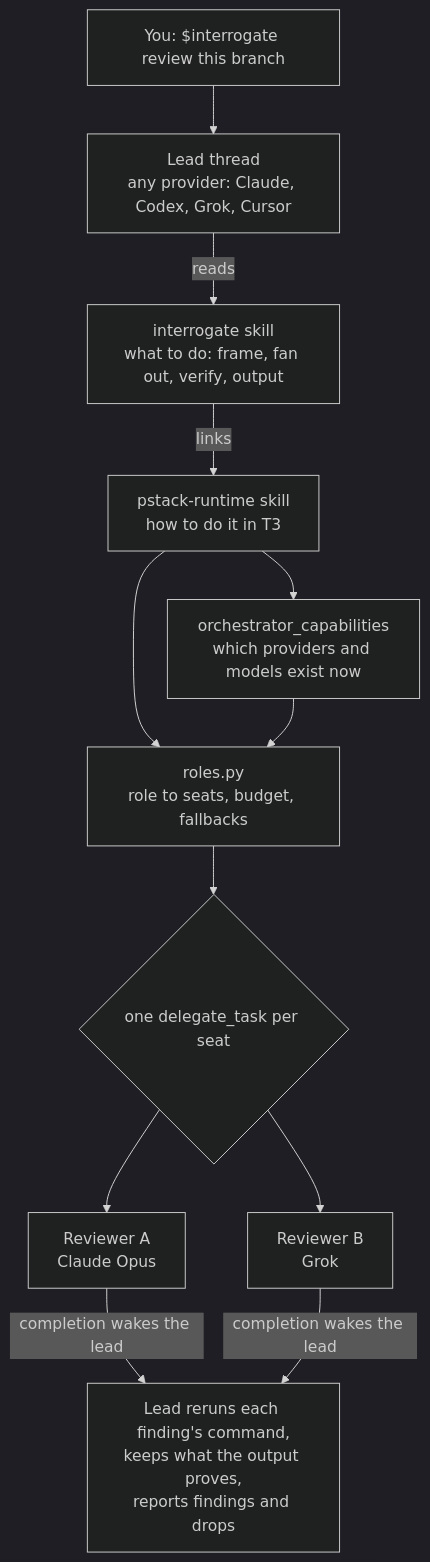
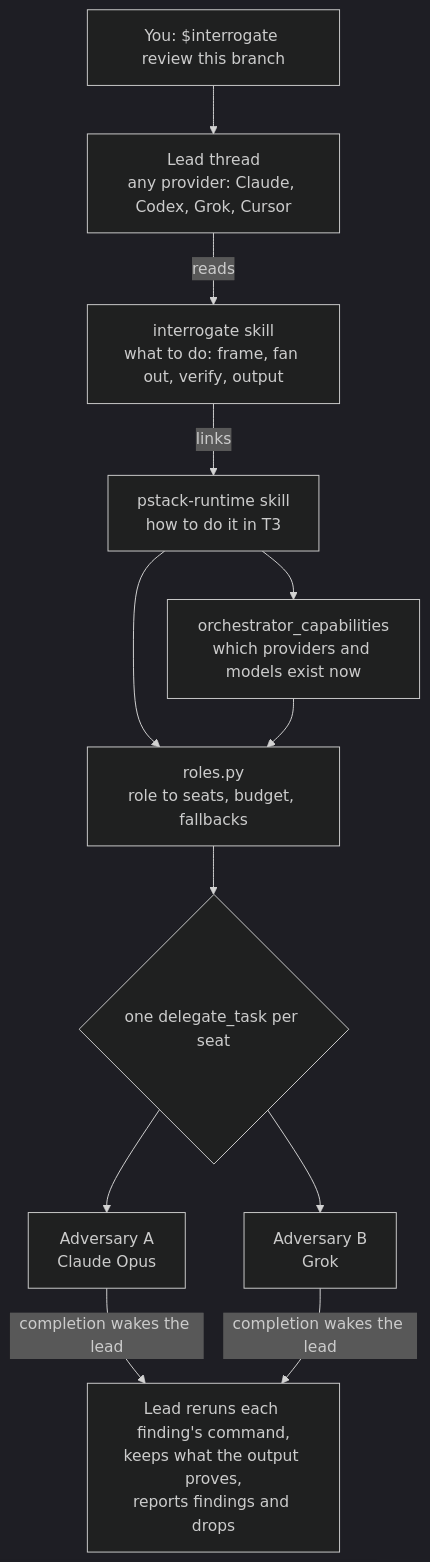
One commit to creedants/pstack-t3 changed the first of 2 diagrams in docs/how-it-works.md. Above: the diagram before and after it, drawn with Mermaid (dark theme). The commit also changed 1 other file, not shown here.

Commit message:
D53: apply the claims check findings to the interrogate docs

````diff
--- a/docs/how-it-works.md
+++ b/docs/how-it-works.md
@@ -5,13 +5,13 @@
 ```mermaid
 flowchart TD
     you["You: $interrogate review this branch"] --> lead["Lead thread<br/>any provider: Claude, Codex, Grok, Cursor"]
     lead -->|reads| skill["interrogate skill<br/>what to do: frame, fan out, verify, output"]
     skill -->|links| runtime["pstack-runtime skill<br/>how to do it in T3"]
     runtime --> caps["orchestrator_capabilities<br/>which providers and models exist now"]
     runtime --> roles["roles.py<br/>role to seats, budget, fallbacks"]
     caps --> roles
     roles --> fan{"one delegate_task per seat"}
-    fan --> a["Reviewer A<br/>Claude Opus"]
-    fan --> b["Reviewer B<br/>Grok"]
+    fan --> a["Adversary A<br/>Claude Opus"]
+    fan --> b["Adversary B<br/>Grok"]
     a & b -->|completion wakes the lead| synth["Lead reruns each finding's command,<br/>keeps what the output proves,<br/>reports findings and drops"]
 ```
````
